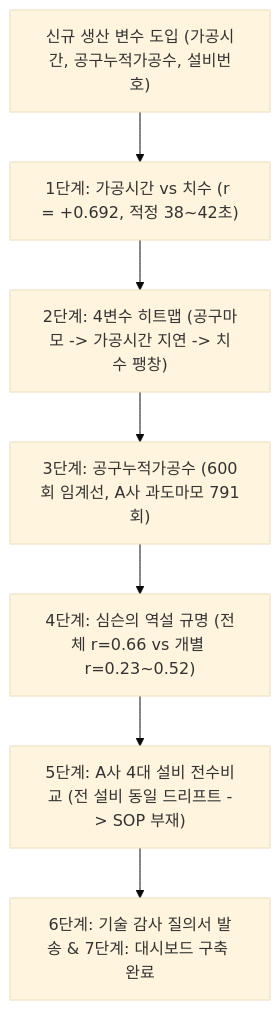
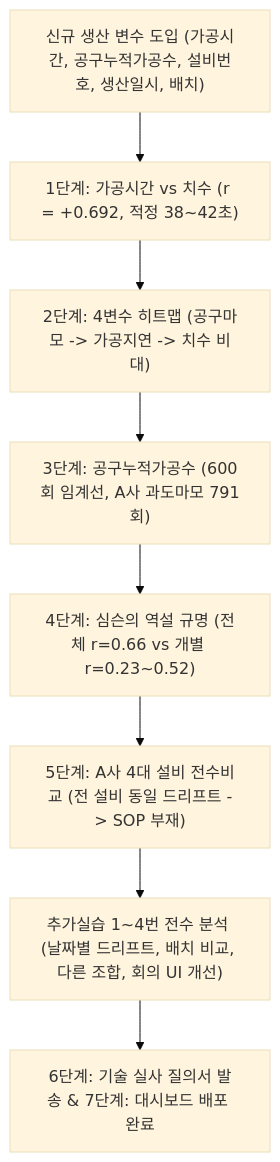
One commit to ohyacintho/project2-dashboard changed the first of 2 diagrams in 2026-11-14_생산조건_품질상관관계_최종분석보고서.md. Above: the diagram before and after it, drawn with Mermaid (base theme). The commit also changed other lines of this file and 1 other file, not shown here.

````diff
--- a/2026-11-14_생산조건_품질상관관계_최종분석보고서.md
+++ b/2026-11-14_생산조건_품질상관관계_최종분석보고서.md
@@ -28,9 +32,10 @@
 ```mermaid
 flowchart TD
-    A["신규 생산 변수 도입 (가공시간, 공구누적가공수, 설비번호)"] --> B["1단계: 가공시간 vs 치수 (r = +0.692, 적정 38~42초)"]
-    B --> C["2단계: 4변수 히트맵 (공구마모 -> 가공시간 지연 -> 치수 팽창)"]
+    A["신규 생산 변수 도입 (가공시간, 공구누적가공수, 설비번호, 생산일시, 배치)"] --> B["1단계: 가공시간 vs 치수 (r = +0.692, 적정 38~42초)"]
+    B --> C["2단계: 4변수 히트맵 (공구마모 -> 가공지연 -> 치수 비대)"]
     C --> D["3단계: 공구누적가공수 (600회 임계선, A사 과도마모 791회)"]
     D --> E["4단계: 심슨의 역설 규명 (전체 r=0.66 vs 개별 r=0.23~0.52)"]
     E --> F["5단계: A사 4대 설비 전수비교 (전 설비 동일 드리프트 -> SOP 부재)"]
-    F --> G["6단계: 기술 감사 질의서 발송 & 7단계: 대시보드 구축 완료"]
+    F --> G["추가실습 1~4번 전수 분석 (날짜별 드리프트, 배치 비교, 다른 조합, 회의 UI 개선)"]
+    G --> H["6단계: 기술 실사 질의서 발송 & 7단계: 대시보드 배포 완료"]
 ```
````
